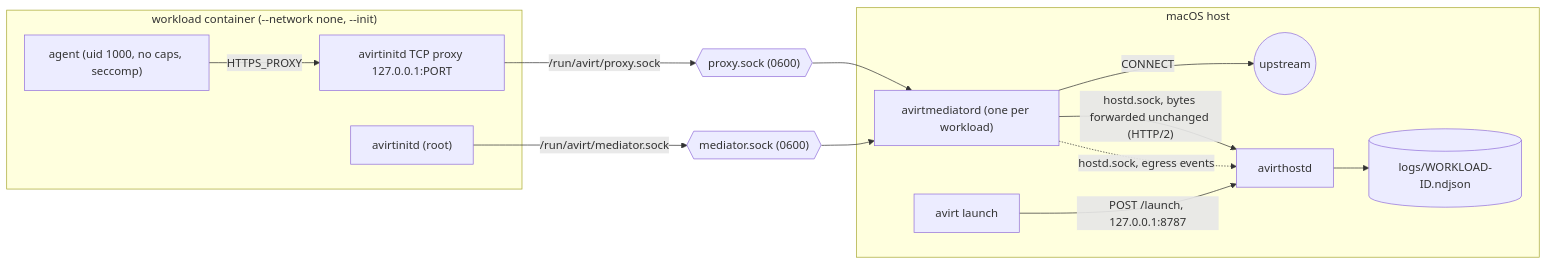
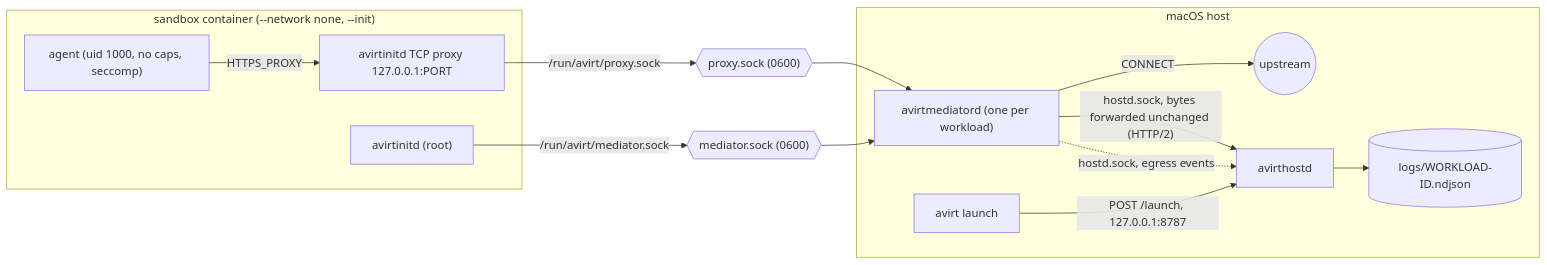
Before and after one commit to tbhb-dev/avirt: the first of 2 diagrams in docs/architecture.md, drawn with Mermaid. The commit also changed other lines of this file and 58 other files, not shown here.

````diff
--- a/docs/architecture.md
+++ b/docs/architecture.md
@@ -36,25 +38,25 @@
 ```mermaid
 flowchart LR
-    subgraph workload["workload container (--network none, --init)"]
+    subgraph workload["sandbox container (--network none, --init)"]
         agent["agent (uid 1000, no caps, seccomp)"]
         relay["avirtinitd TCP proxy 127.0.0.1:PORT"]
         avirtinitd["avirtinitd (root)"]
         agent -->|HTTPS_PROXY| relay
     end
     subgraph host["macOS host"]
         med["avirtmediatord (one per workload)"]
         hostd["avirthostd"]
         logs[("logs/WORKLOAD-ID.ndjson")]
         upstream(("upstream"))
         cli["avirt launch"]
     end
     relay -->|"/run/avirt/proxy.sock"| psock{{"proxy.sock (0600)"}}
     psock --> med
     med -->|"CONNECT"| upstream
     avirtinitd -->|"/run/avirt/mediator.sock"| usock{{"mediator.sock (0600)"}}
     usock --> med
     med -->|"hostd.sock, bytes forwarded unchanged (HTTP/2)"| hostd
     med -.->|"hostd.sock, egress events"| hostd
     hostd --> logs
     cli -->|"POST /launch, 127.0.0.1:8787"| hostd
 ```
````
